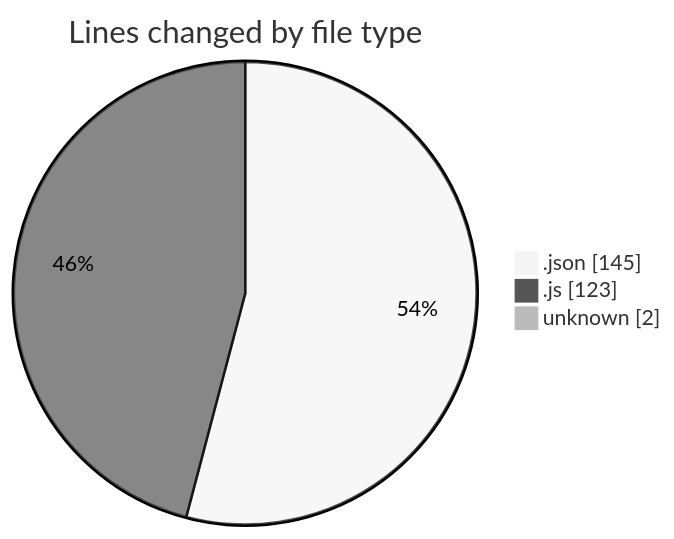
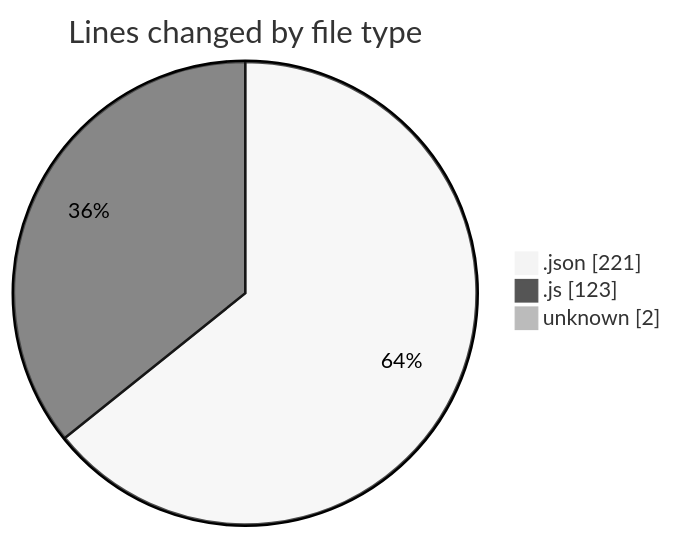
The first of 2 diagrams in 2026-08-01/mono-test/README.md (yexinjia/code-tracking), drawn with Mermaid (neutral theme) before and after one commit. The commit also changed other lines of this file and 1 other file, not shown here.

````diff
--- a/2026-08-01/mono-test/README.md
+++ b/2026-08-01/mono-test/README.md
@@ -22,7 +22,7 @@
 ```mermaid
 pie showData
 title Lines changed by file type
-".json" : 145
+".json" : 221
 ".js" : 123
 "unknown" : 2
 ```
````
